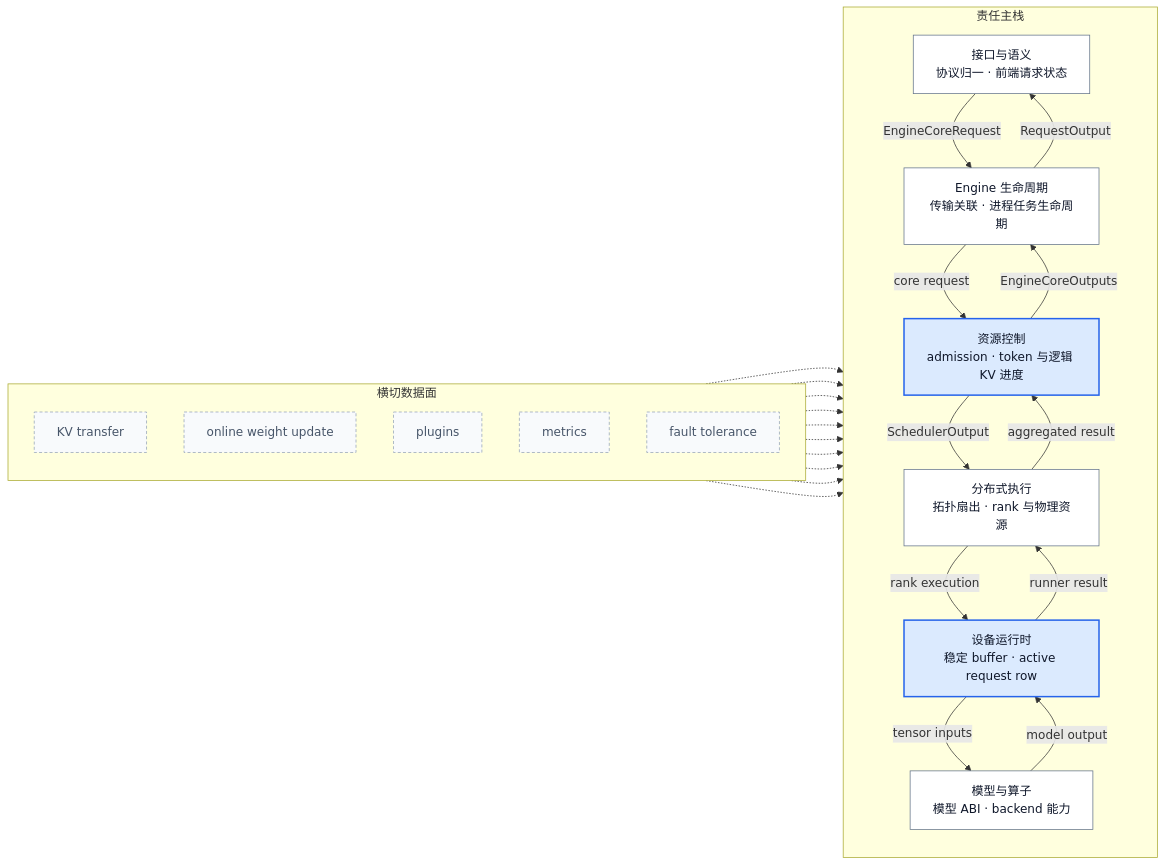
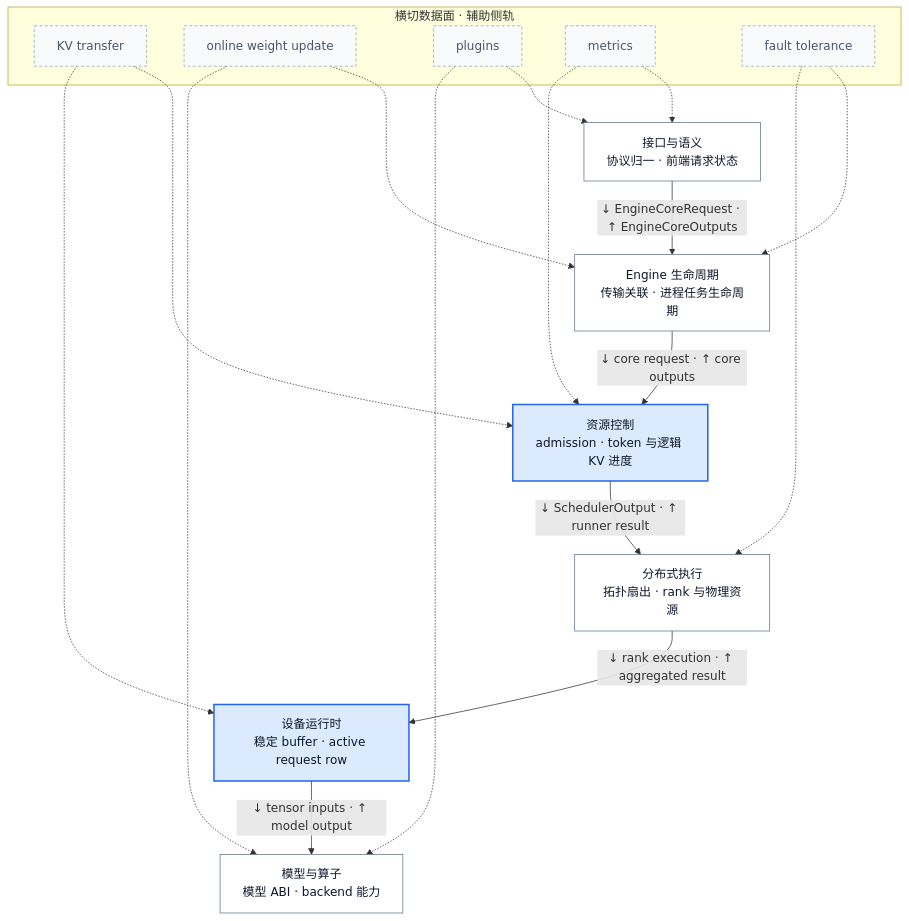
The first of 2 diagrams in wiki/02_engineering/03_infer_frameworks/vllm/03_vllm_architecture_overview_analysis.md (suhaibo666/llm-knowledge), drawn with Mermaid before and after one commit. The commit also changed other lines of this file, not shown here.

Commit message:
docs(vllm): address architecture overview review

````diff
--- a/wiki/02_engineering/03_infer_frameworks/vllm/03_vllm_architecture_overview_analysis.md
+++ b/wiki/02_engineering/03_infer_frameworks/vllm/03_vllm_architecture_overview_analysis.md
@@ -24,50 +24,40 @@
 ```mermaid
-flowchart LR
-    subgraph Main["责任主栈"]
-        direction TB
-        L1["接口与语义<br/>协议归一 · 前端请求状态"]
-        L2["Engine 生命周期<br/>传输关联 · 进程任务生命周期"]
-        L3["资源控制<br/>admission · token 与逻辑 KV 进度"]
-        L4["分布式执行<br/>拓扑扇出 · rank 与物理资源"]
-        L5["设备运行时<br/>稳定 buffer · active request row"]
-        L6["模型与算子<br/>模型 ABI · backend 能力"]
-
-        L1 -->|EngineCoreRequest| L2
-        L2 -->|core request| L3
-        L3 -->|SchedulerOutput| L4
-        L4 -->|rank execution| L5
-        L5 -->|tensor inputs| L6
-        L6 -->|model output| L5
-        L5 -->|runner result| L4
-        L4 -->|aggregated result| L3
-        L3 -->|EngineCoreOutputs| L2
-        L2 -->|RequestOutput| L1
-    end
-
-    subgraph Cross["横切数据面"]
-        direction TB
+flowchart TB
+    L1["接口与语义<br/>协议归一 · 前端请求状态"]
+    L2["Engine 生命周期<br/>传输关联 · 进程任务生命周期"]
+    L3["资源控制<br/>admission · token 与逻辑 KV 进度"]
+    L4["分布式执行<br/>拓扑扇出 · rank 与物理资源"]
+    L5["设备运行时<br/>稳定 buffer · active request row"]
+    L6["模型与算子<br/>模型 ABI · backend 能力"]
+    subgraph Cross["横切数据面 · 辅助侧轨"]
         X1["KV transfer"]
         X2["online weight update"]
         X3["plugins"]
         X4["metrics"]
         X5["fault tolerance"]
     end
+
+    L1 -->|↓ EngineCoreRequest · ↑ EngineCoreOutputs| L2
+    L2 -->|↓ core request · ↑ core outputs| L3
+    L3 -->|↓ SchedulerOutput · ↑ runner result| L4
+    L4 -->|↓ rank execution · ↑ aggregated result| L5
+    L5 -->|↓ tensor inputs · ↑ model output| L6
 
     X1 -.-> L3
     X1 -.-> L5
     X2 -.-> L2
     X2 -.-> L6
     X3 -.-> L1
     X3 -.-> L6
     X4 -.-> L1
     X4 -.-> L3
     X5 -.-> L2
     X5 -.-> L4
 
     classDef neutral fill:#ffffff,stroke:#64748b,color:#0f172a
     classDef acc1 fill:#dbeafe,stroke:#2563eb,color:#0f172a,stroke-width:2px
     classDef ghost fill:#f8fafc,stroke:#94a3b8,color:#475569,stroke-dasharray:4 3
     class L1,L2,L4,L6 neutral
     class L3,L5 acc1
     class X1,X2,X3,X4,X5 ghost
 ```
````
